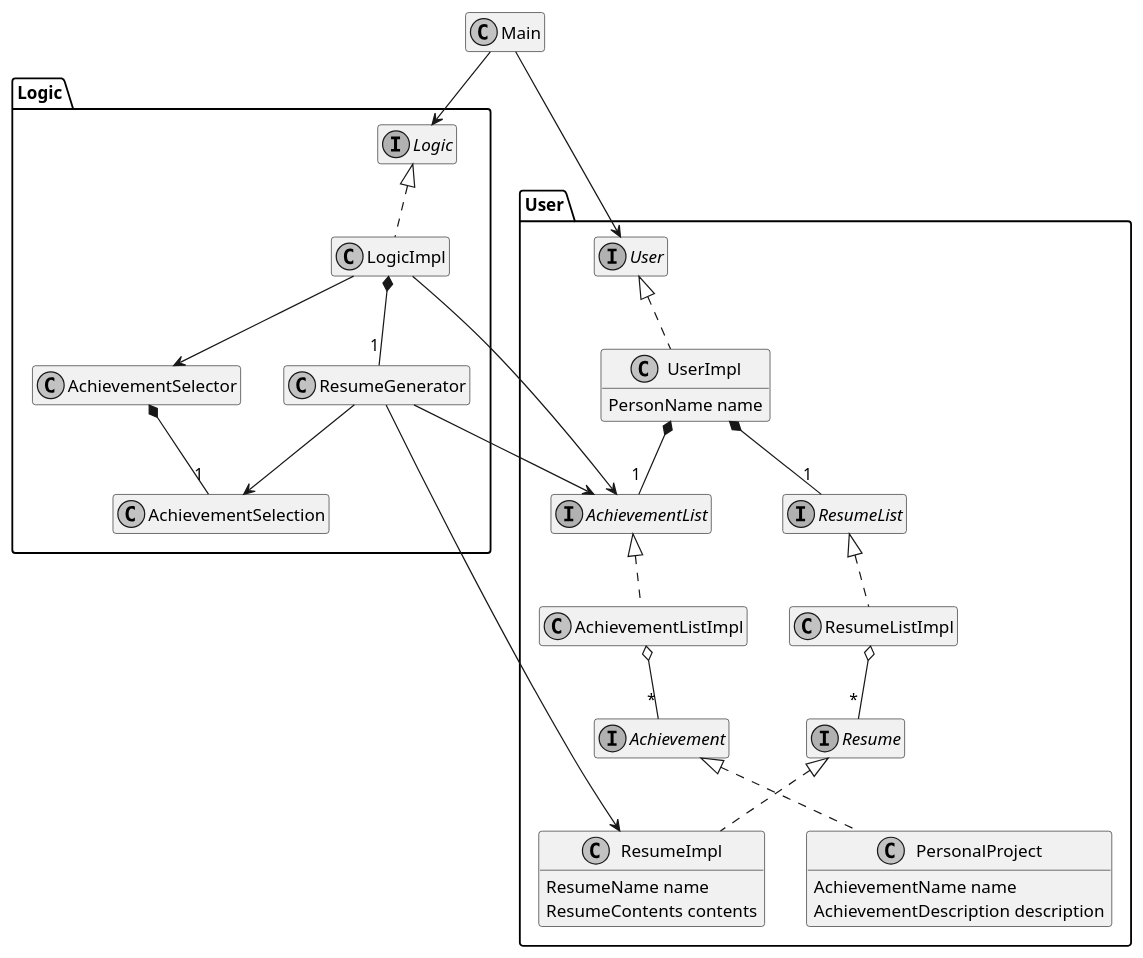
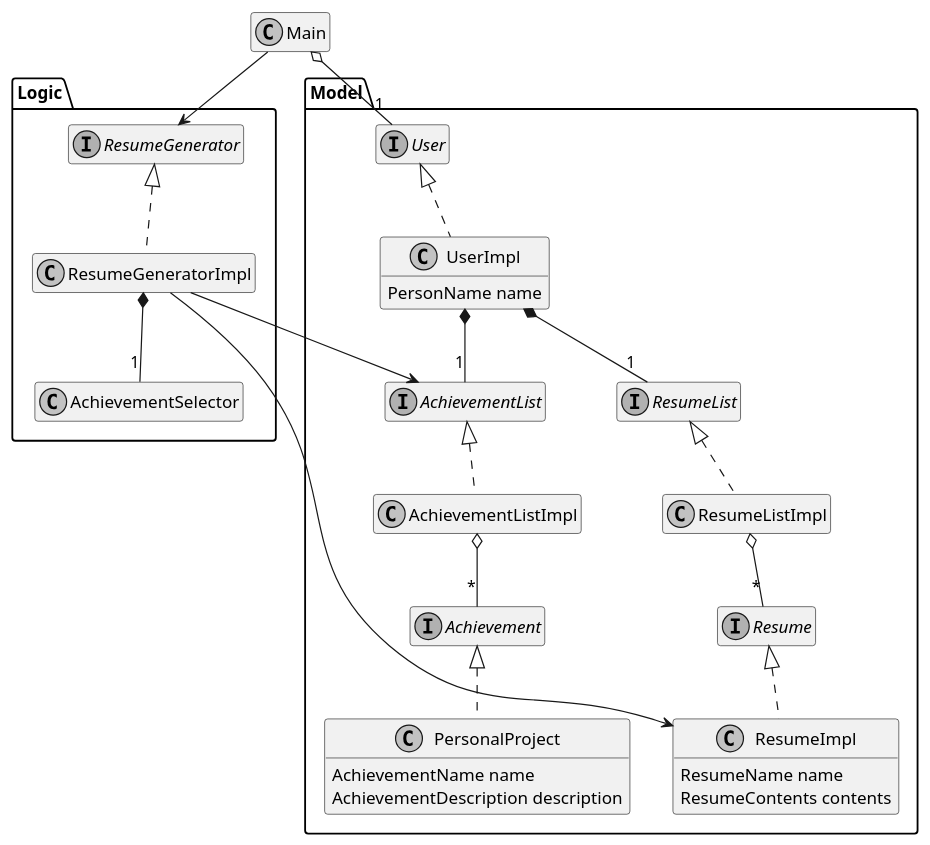
Before and after one commit to marckysan/ResuMe: the diagram in docs/diagrams/BackendClassDiagram.puml, drawn with PlantUML. The commit also changed 11 other files, not shown here.

Commit message:
Add interface for ResumeGenerator

```diff
--- a/docs/diagrams/BackendClassDiagram.puml
+++ b/docs/diagrams/BackendClassDiagram.puml
@@ -1,64 +1,56 @@
 @startuml
 
 skinparam monochrome true
 hide empty members
 
 class Main
-Main --> Logic.Logic
-Main --> User.User
+Main --> Logic.ResumeGenerator
+Main o-- "1" Model.User
 
 namespace Logic {
 
-interface Logic
-class LogicImpl
-Logic <|.. LogicImpl
+interface ResumeGenerator
+class ResumeGeneratorImpl
+class AchievementSelector
 
-class ResumeGenerator
-class AchievementSelector
-LogicImpl *-- "1" ResumeGenerator
-LogicImpl --> AchievementSelector
-LogicImpl --> User.AchievementList
-
-class AchievementSelection
-AchievementSelector *-- "1" AchievementSelection
-
-ResumeGenerator --> AchievementSelection
-ResumeGenerator --> User.ResumeImpl
-ResumeGenerator --> User.AchievementList
+ResumeGenerator <|.. ResumeGeneratorImpl
+ResumeGeneratorImpl *-- "1" AchievementSelector
+ResumeGeneratorImpl --> Model.ResumeImpl
+ResumeGeneratorImpl --> Model.AchievementList
 }
 
-namespace User {
+namespace Model {
 
 interface User
 class UserImpl {
     PersonName name
 }
 User <|.. UserImpl
 UserImpl *-- "1" AchievementList
 UserImpl *-- "1" ResumeList
 
 interface Achievement
 class PersonalProject {
     AchievementName name
     AchievementDescription description
 }
 interface AchievementList
 class AchievementListImpl
 Achievement <|.. PersonalProject
 AchievementList <|.. AchievementListImpl
 AchievementListImpl o-- "*" Achievement
 
 interface Resume
 class ResumeImpl {
     ResumeName name
     ResumeContents contents
 }
 interface ResumeList
 class ResumeListImpl
 Resume <|.. ResumeImpl
 ResumeList <|.. ResumeListImpl
 ResumeListImpl o-- "*" Resume
 
 }
 
 @enduml
```
